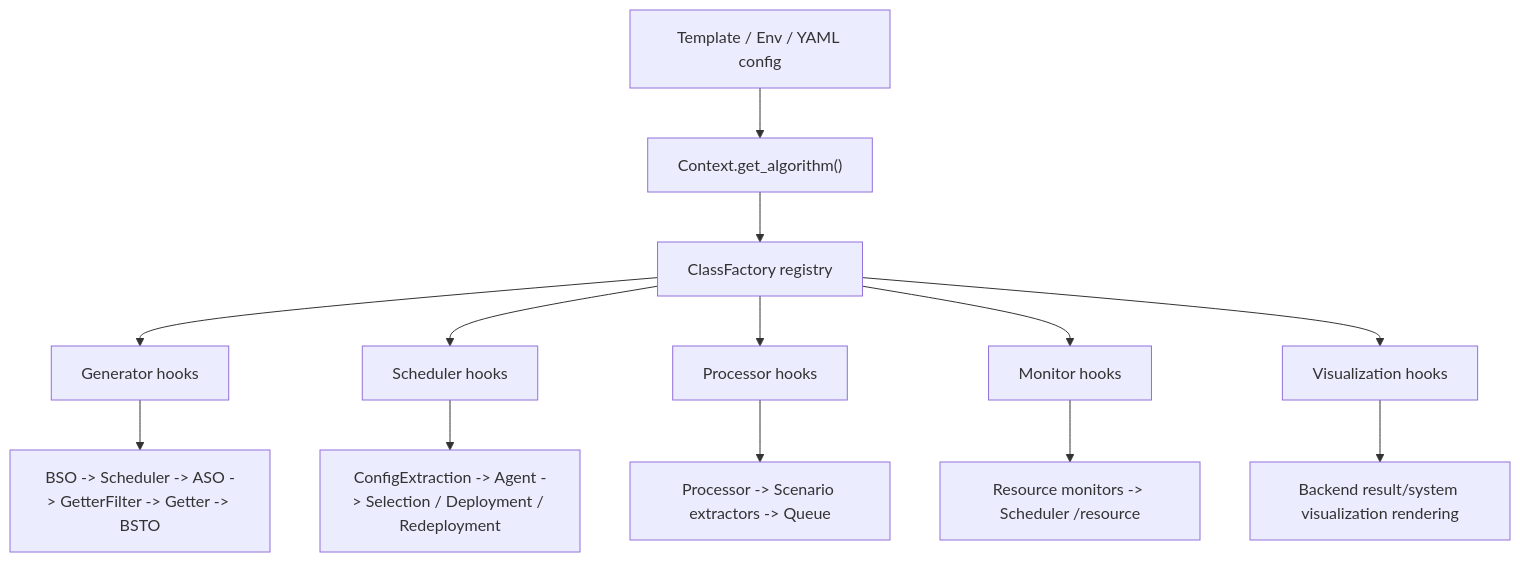
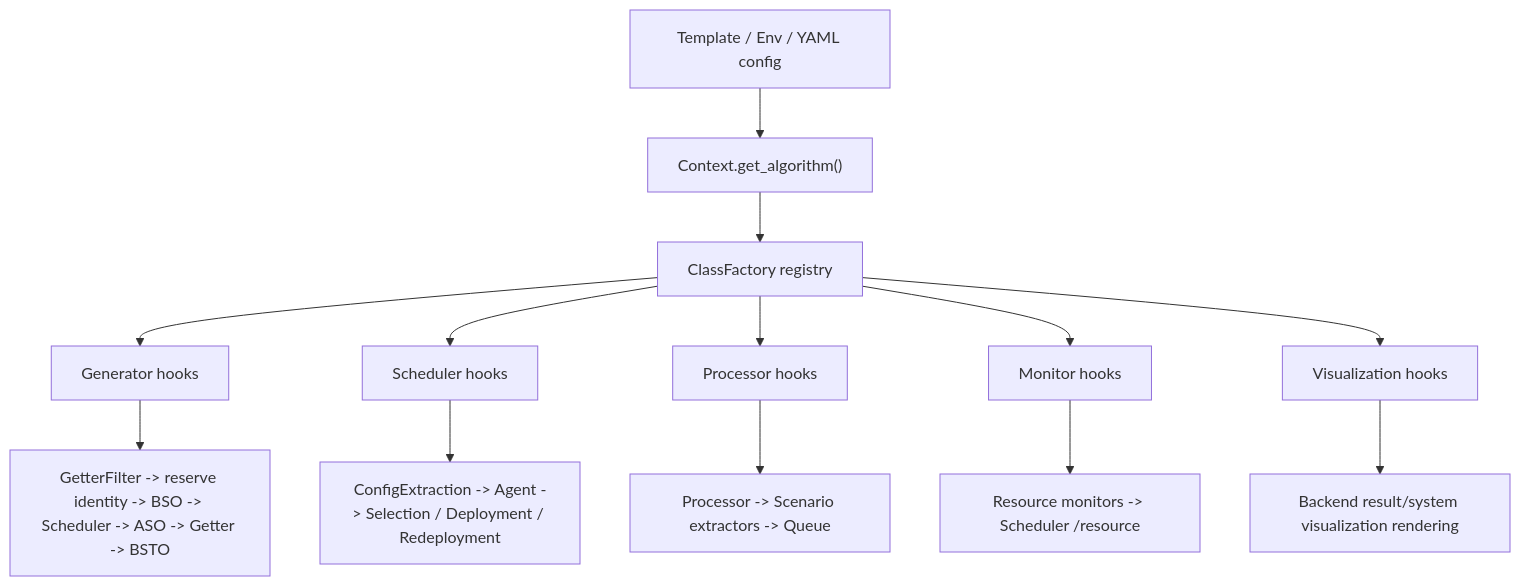
The diagram in docs/hooks/README.md (dayu-autostreamer/dayu), drawn with Mermaid before and after one commit. The commit also changed other lines of this file and 48 other files, not shown here.

````diff
--- a/docs/hooks/README.md
+++ b/docs/hooks/README.md
@@ -69,17 +69,17 @@
 ```mermaid
 flowchart TD
     CFG["Template / Env / YAML config"] --> CTX["Context.get_algorithm()"]
     CTX --> REG["ClassFactory registry"]
 
     REG --> GEN["Generator hooks"]
     REG --> SCH["Scheduler hooks"]
     REG --> PROC["Processor hooks"]
     REG --> MON["Monitor hooks"]
     REG --> VIZ["Visualization hooks"]
 
-    GEN --> GENFLOW["BSO -> Scheduler -> ASO -> GetterFilter -> Getter -> BSTO"]
+    GEN --> GENFLOW["GetterFilter -> reserve identity -> BSO -> Scheduler -> ASO -> Getter -> BSTO"]
     SCH --> SCHFLOW["ConfigExtraction -> Agent -> Selection / Deployment / Redeployment"]
     PROC --> PROCFLOW["Processor -> Scenario extractors -> Queue"]
     MON --> MONFLOW["Resource monitors -> Scheduler /resource"]
     VIZ --> VIZFLOW["Backend result/system visualization rendering"]
 ```
````
